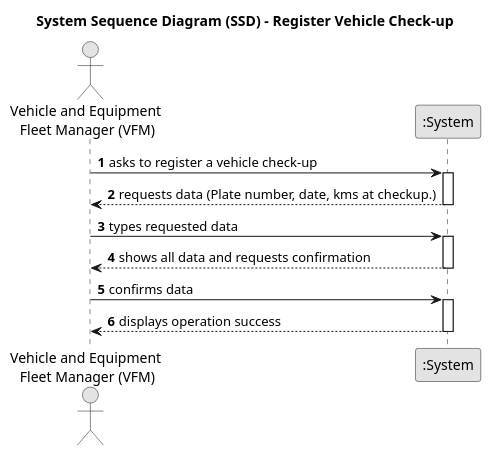
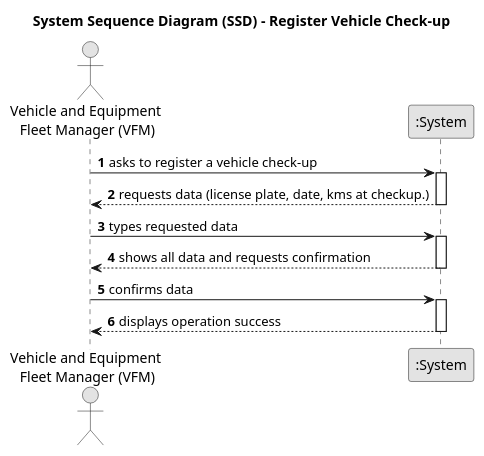
Before and after one commit to Departamento-de-Engenharia-Informatica/lei-24-s2-1db-g022: the diagram in docs/sprintA/us07/01.requirements-engineering/puml/us07-system-sequence-diagram-register-vehicle-check-up.puml, drawn with PlantUML. The commit also changed 1 other file, not shown here.

Commit message:
us07 - readme and sequence diagram rectification

```diff
--- a/docs/sprintA/us07/01.requirements-engineering/puml/us07-system-sequence-diagram-register-vehicle-check-up.puml
+++ b/docs/sprintA/us07/01.requirements-engineering/puml/us07-system-sequence-diagram-register-vehicle-check-up.puml
@@ -1,31 +1,31 @@
 @startuml
 skinparam monochrome true
 skinparam packageStyle rectangle
 skinparam shadowing false
 
 title System Sequence Diagram (SSD) - Register Vehicle Check-up
 
 autonumber
 
 actor "Vehicle and Equipment \nFleet Manager (VFM)" as VFM
 participant ":System" as System
 
     VFM -> System : asks to register a vehicle check-up
     activate System
 
-        System --> VFM : requests data (Plate number, date, kms at checkup.)
+        System --> VFM : requests data (license plate, date, kms at checkup.)
     deactivate System
 
     VFM -> System : types requested data
     activate System
 
        System --> VFM : shows all data and requests confirmation
     deactivate System
 
     VFM -> System : confirms data
     activate System
 
         System --> VFM : displays operation success
     deactivate System
 
 @enduml
```
